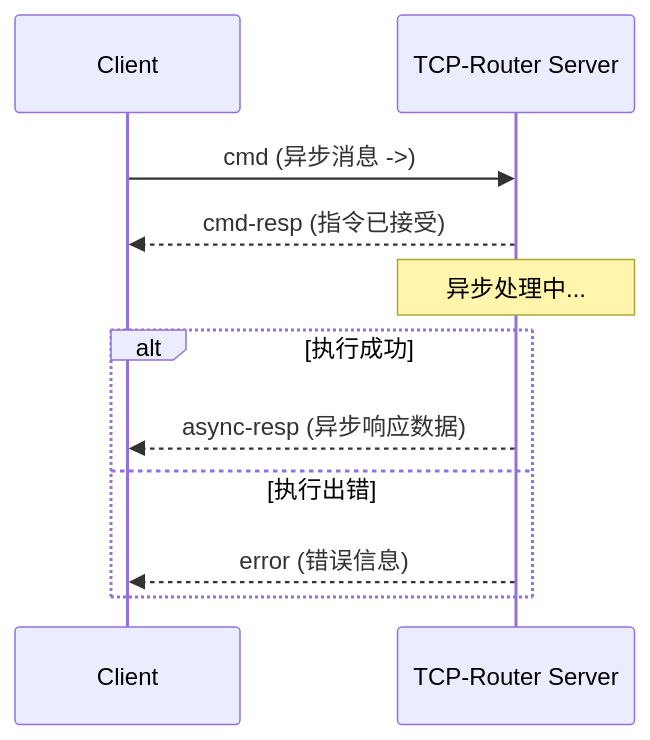
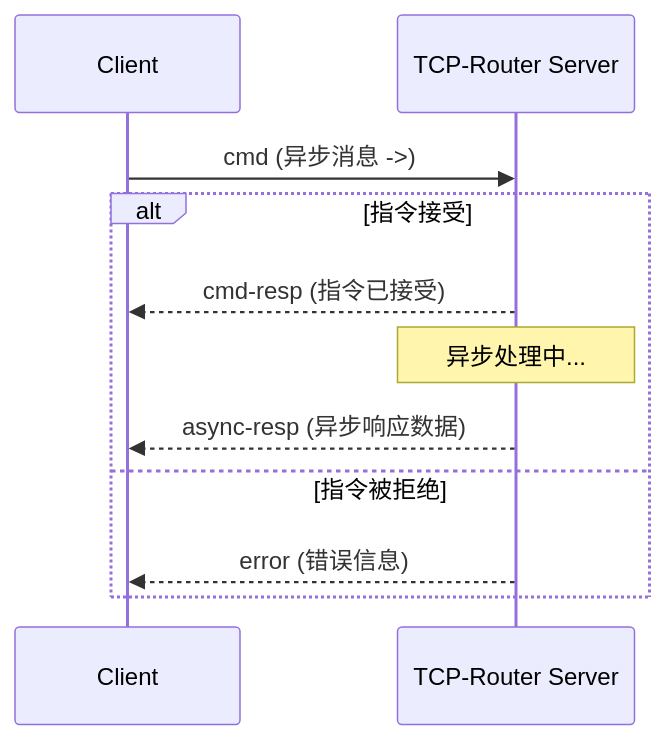
One commit to NEVSTOP-LAB/CSM-TCP-Router-App changed the second of 4 diagrams in .doc/Protocol.v0.(zh-cn).md. Above: the diagram before and after it, drawn with Mermaid. The commit also changed other lines of this file, not shown here.

Commit message:
根据审查意见修正 cmd-resp 注释、同步流程说明及异步流程图逻辑

````diff
--- a/.doc/Protocol.v0.(zh-cn).md
+++ b/.doc/Protocol.v0.(zh-cn).md
@@ -149,14 +149,14 @@
 ```mermaid
 sequenceDiagram
     participant C as Client
     participant S as TCP-Router Server
 
     C->>S: cmd (异步消息 ->)
-    S-->>C: cmd-resp (指令已接受)
-    Note over S: 异步处理中...
-    alt 执行成功
+    alt 指令接受
+        S-->>C: cmd-resp (指令已接受)
+        Note over S: 异步处理中...
         S-->>C: async-resp (异步响应数据)
-    else 执行出错
+    else 指令被拒绝
         S-->>C: error (错误信息)
     end
 ```
````
